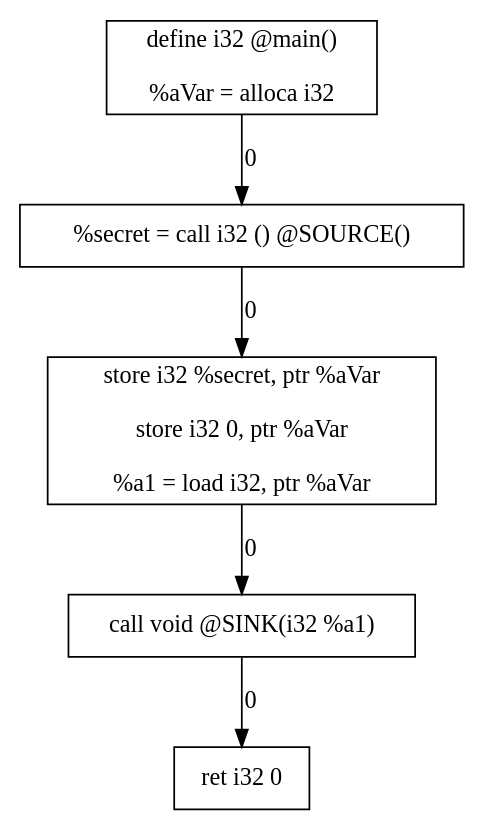
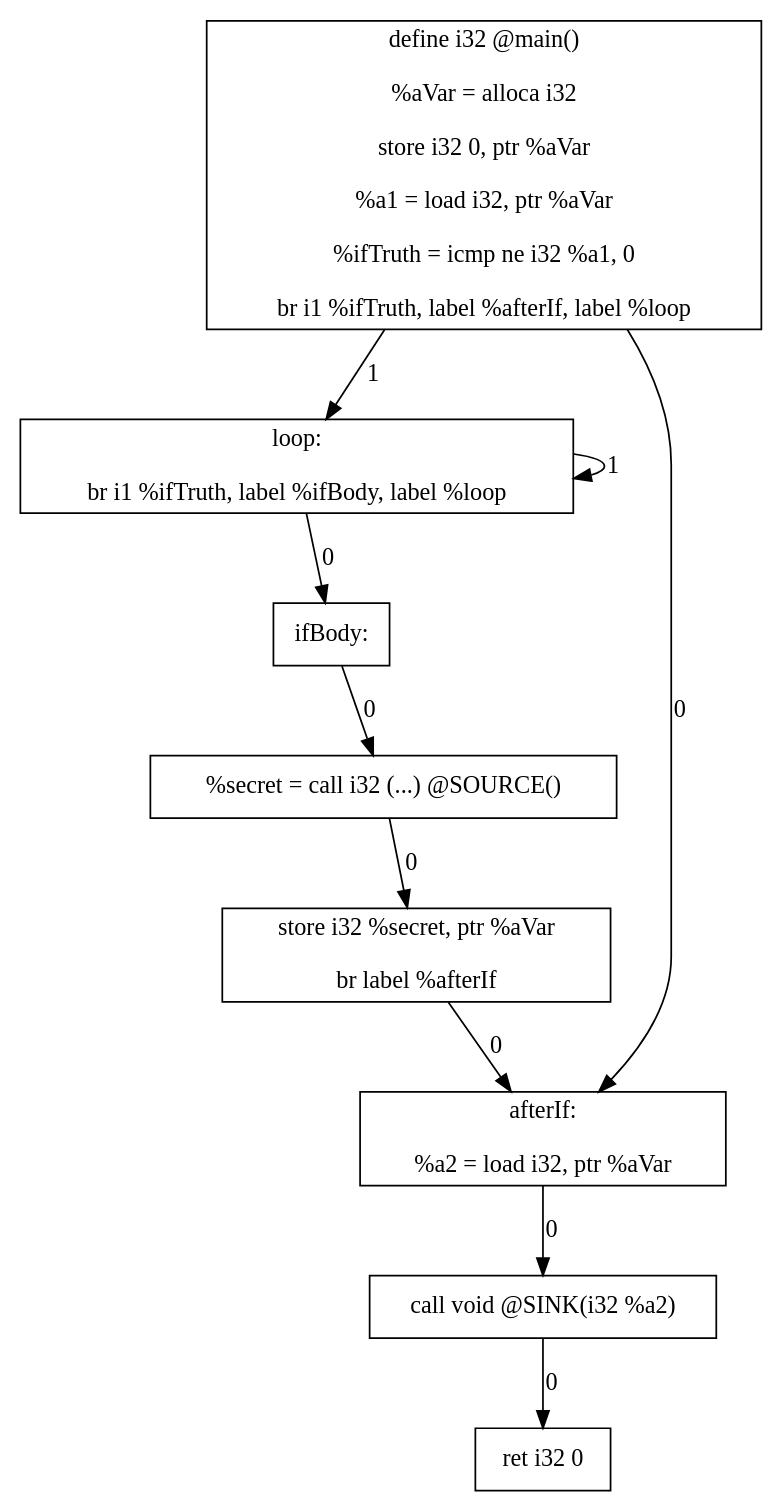
Before and after one commit to danielosw/eecs-677-project-2: the diagram in main.dot, drawn with Graphviz. The commit also changed 2 other files, not shown here.

```diff
--- a/main.dot
+++ b/main.dot
@@ -1,11 +1,19 @@
 digraph {
-		Node0 [shape=record,label="define i32 @main() \n\n  %aVar = alloca i32\n"]
-		Node1 [shape=record,label="  %secret = call i32 () @SOURCE()\n"]
-		Node2 [shape=record,label="  store i32 %secret, ptr %aVar\n\n  store i32 0, ptr %aVar\n\n  %a1 = load i32, ptr %aVar\n"]
-		Node3 [shape=record,label="  call void @SINK(i32 %a1)\n"]
-		Node4 [shape=record,label="  ret i32 0\n"]
-		Node0 -> Node1 [label=0];
+		Node0 [shape=record,label="define i32 @main() \n\n  %aVar = alloca i32\n\n  store i32 0, ptr %aVar\n\n  %a1 = load i32, ptr %aVar\n\n  %ifTruth = icmp ne i32 %a1, 0\n\n  br i1 %ifTruth, label %afterIf, label %loop\n"]
+		Node1 [shape=record,label="loop:\n\n  br i1 %ifTruth, label %ifBody, label %loop\n"]
+		Node2 [shape=record,label="ifBody:\n"]
+		Node3 [shape=record,label="  %secret = call i32 (...) @SOURCE()\n"]
+		Node4 [shape=record,label="  store i32 %secret, ptr %aVar\n\n  br label %afterIf\n"]
+		Node5 [shape=record,label="afterIf:\n\n  %a2 = load i32, ptr %aVar\n"]
+		Node6 [shape=record,label="  call void @SINK(i32 %a2)\n"]
+		Node7 [shape=record,label="  ret i32 0\n"]
+		Node0 -> Node5 [label=0];
+		Node0 -> Node1 [label=1];
 		Node1 -> Node2 [label=0];
+		Node1 -> Node1 [label=1];
 		Node2 -> Node3 [label=0];
 		Node3 -> Node4 [label=0];
+		Node4 -> Node5 [label=0];
+		Node5 -> Node6 [label=0];
+		Node6 -> Node7 [label=0];
 }
```
